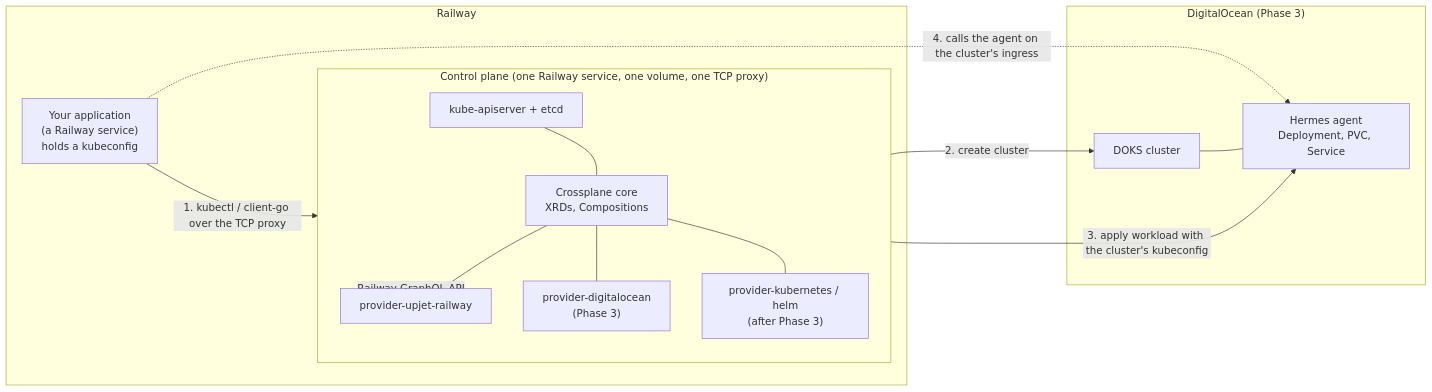
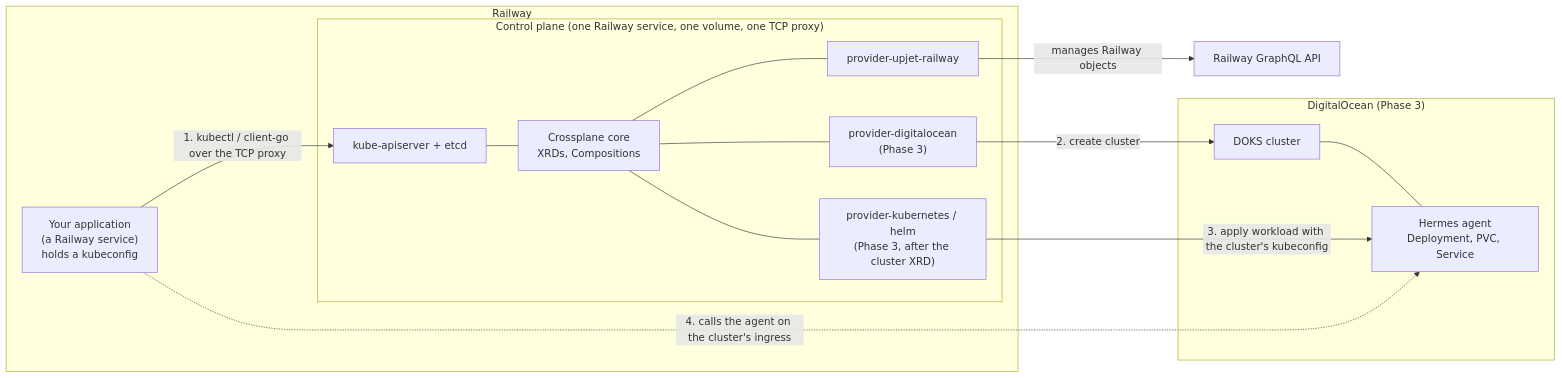
The first of 2 diagrams in docs/architecture/introduction.md (brezzy1337/provider-upjet-railway), drawn with Mermaid before and after one commit. The commit also changed other lines of this file and 2 other files, not shown here.

````diff
--- a/docs/architecture/introduction.md
+++ b/docs/architecture/introduction.md
@@ -16,28 +16,28 @@
 ```mermaid
 flowchart LR
     subgraph railway["Railway"]
         app["Your application<br/>(a Railway service)<br/>holds a kubeconfig"]
         subgraph cp["Control plane (one Railway service, one volume, one TCP proxy)"]
-            direction TB
             api["kube-apiserver + etcd"]
             xp["Crossplane core<br/>XRDs, Compositions"]
             prw["provider-upjet-railway"]
             pdo["provider-digitalocean<br/>(Phase 3)"]
-            pk8s["provider-kubernetes / helm<br/>(after Phase 3)"]
+            pk8s["provider-kubernetes / helm<br/>(Phase 3, after the cluster XRD)"]
             api --- xp
             xp --- prw
             xp --- pdo
             xp --- pk8s
         end
     end
+    rwapi["Railway GraphQL API"]
     subgraph do["DigitalOcean (Phase 3)"]
         doks["DOKS cluster"]
         hermes["Hermes agent<br/>Deployment, PVC, Service"]
         doks --- hermes
     end
     app -- "1. kubectl / client-go over the TCP proxy" --> api
-    prw -- "Railway GraphQL API" --> railway
+    prw -- "manages Railway objects" --> rwapi
     pdo -- "2. create cluster" --> doks
     pk8s -- "3. apply workload with the cluster's kubeconfig" --> hermes
     app -. "4. calls the agent on the cluster's ingress" .-> hermes
 ```
````
